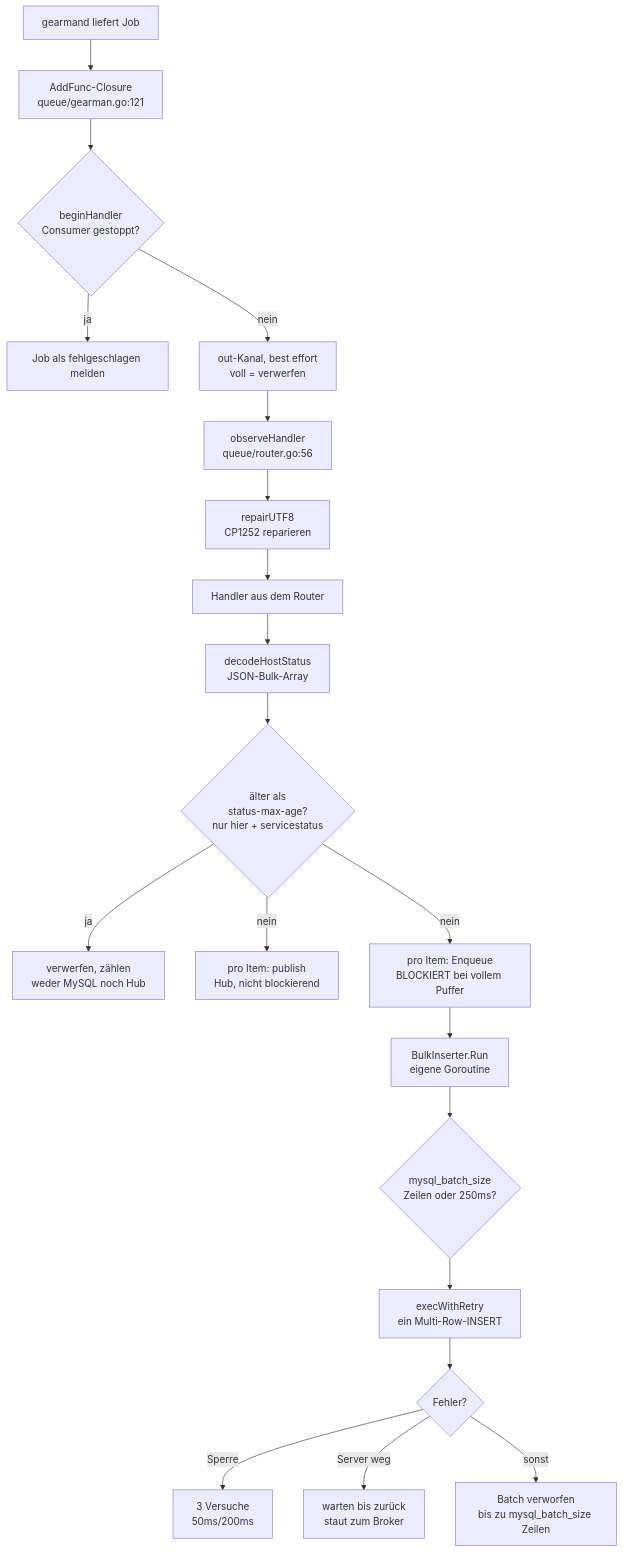
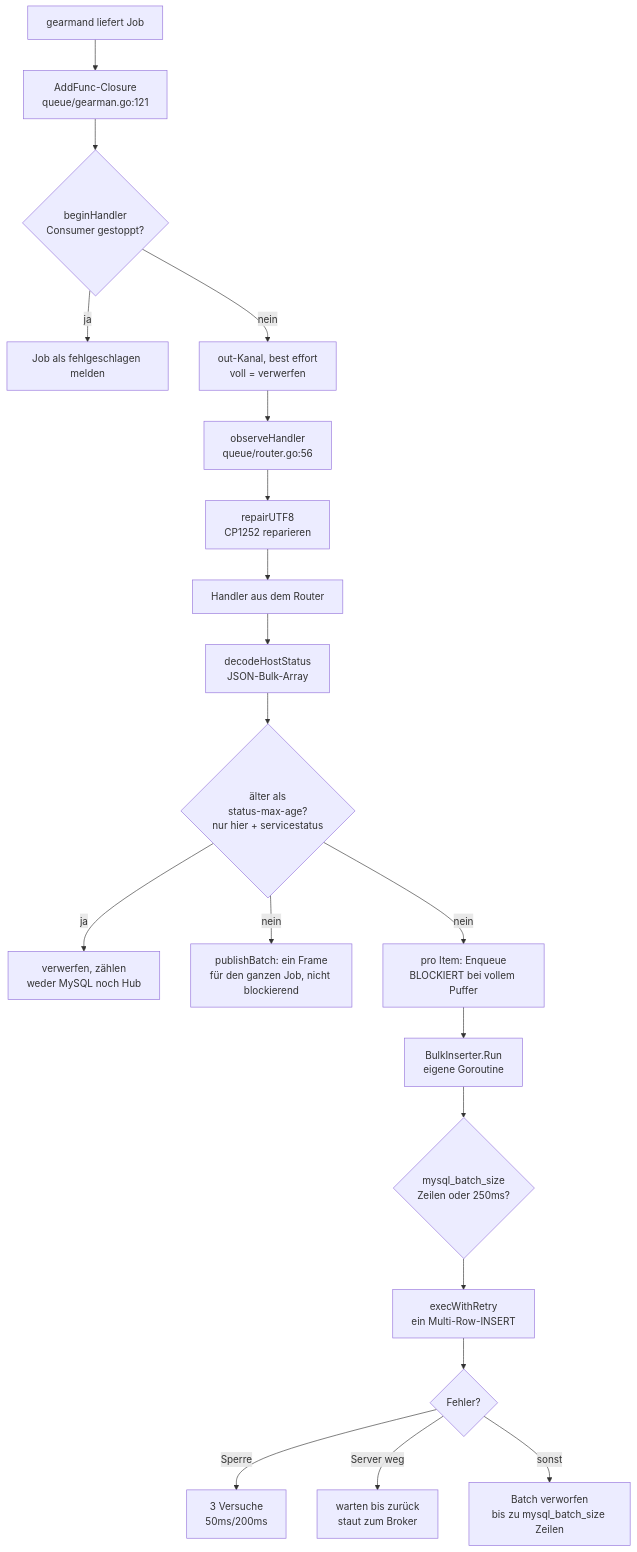
One commit to statusengine/statusengine-worker changed the diagram in docs/audit-route.md. Above: the diagram before and after it, drawn with Mermaid. The commit also changed other lines of this file and 19 other files, not shown here.

````diff
--- a/docs/audit-route.md
+++ b/docs/audit-route.md
@@ -77,22 +77,22 @@
 ```mermaid
 flowchart TD
     A[gearmand liefert Job] --> B[AddFunc-Closure<br/>queue/gearman.go:121]
     B --> C{beginHandler<br/>Consumer gestoppt?}
     C -->|ja| Z[Job als fehlgeschlagen melden]
     C -->|nein| D[out-Kanal, best effort<br/>voll = verwerfen]
     D --> E[observeHandler<br/>queue/router.go:56]
     E --> F[repairUTF8<br/>CP1252 reparieren]
     F --> G[Handler aus dem Router]
     G --> H[decodeHostStatus<br/>JSON-Bulk-Array]
     H --> S{älter als<br/>status-max-age?<br/>nur hier + servicestatus}
     S -->|ja| Y[verwerfen, zählen<br/>weder MySQL noch Hub]
-    S -->|nein| I[pro Item: publish<br/>Hub, nicht blockierend]
+    S -->|nein| I[publishBatch: ein Frame<br/>für den ganzen Job, nicht blockierend]
     S -->|nein| J[pro Item: Enqueue<br/>BLOCKIERT bei vollem Puffer]
     J --> K[BulkInserter.Run<br/>eigene Goroutine]
     K --> L{mysql_batch_size<br/>Zeilen oder 250ms?}
     L --> M[execWithRetry<br/>ein Multi-Row-INSERT]
     M --> N{Fehler?}
     N -->|Sperre| O[3 Versuche<br/>50ms/200ms]
     N -->|Server weg| P[warten bis zurück<br/>staut zum Broker]
     N -->|sonst| Q[Batch verworfen<br/>bis zu mysql_batch_size Zeilen]
 ```
````
